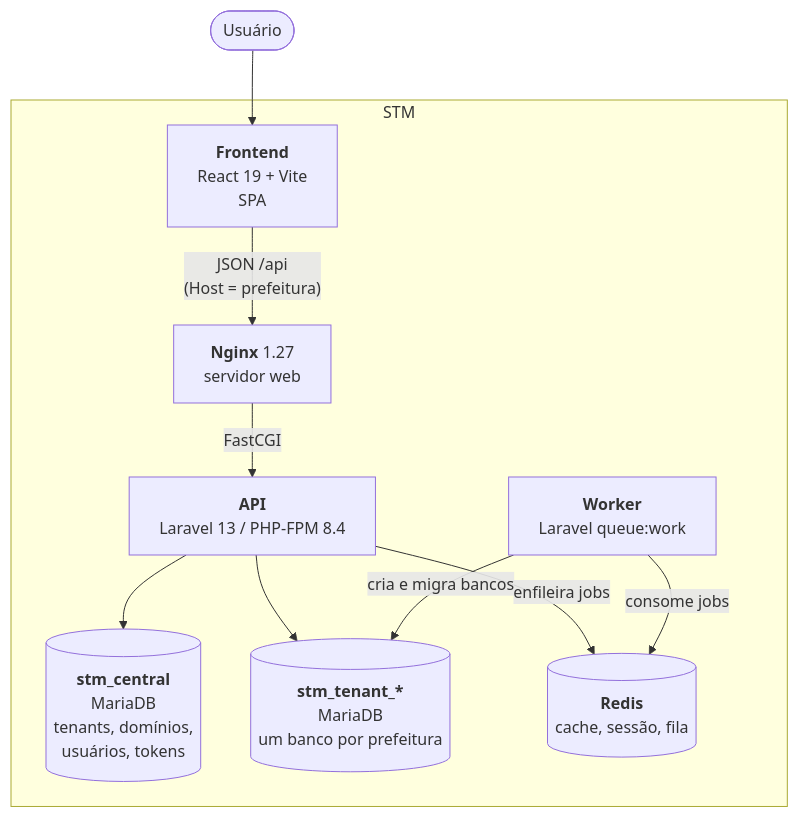
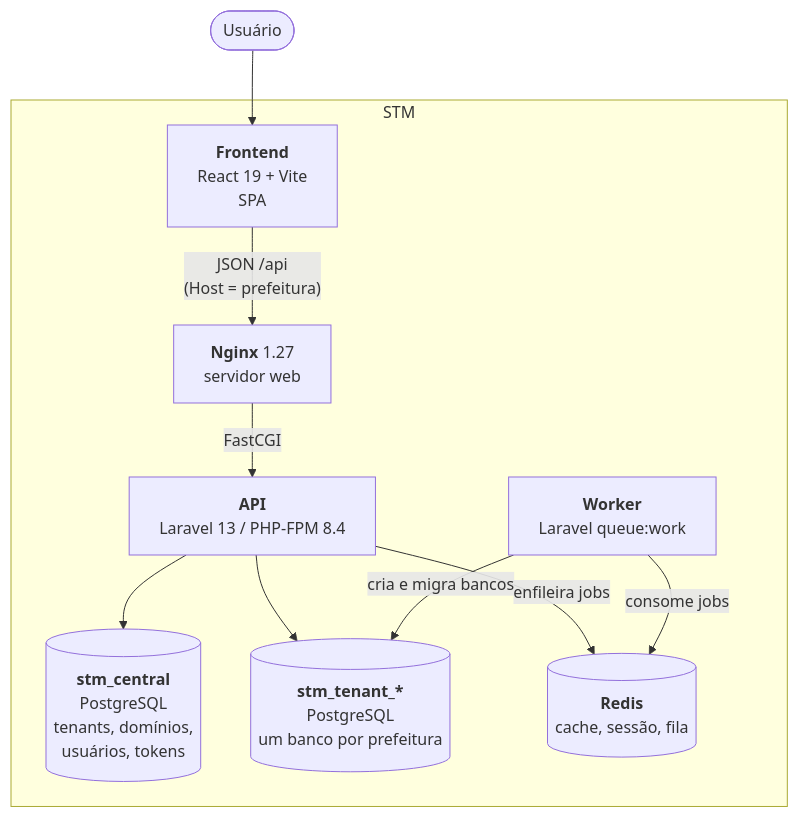
One commit to CristovaoCarlos/ERP-Estudos changed the second of 5 diagrams in docs/arquitetura/arc42.md. Above: the diagram before and after it, drawn with Mermaid. The commit also changed other lines of this file and 15 other files, not shown here.

Commit message:
ajustando scarfold, adicionando banco de dados PostgresSQL no lugar do mysql, definição de regra de negocio

````diff
--- a/docs/arquitetura/arc42.md
+++ b/docs/arquitetura/arc42.md
@@ -74,23 +74,23 @@
 ```mermaid
 flowchart TB
     usuario(["Usuário"])
 
     subgraph stm["STM"]
         spa["<b>Frontend</b><br/>React 19 + Vite<br/>SPA"]
         nginx["<b>Nginx</b> 1.27<br/>servidor web"]
         app["<b>API</b><br/>Laravel 13 / PHP-FPM 8.4"]
         worker["<b>Worker</b><br/>Laravel queue:work"]
-        central[("<b>stm_central</b><br/>MariaDB<br/>tenants, domínios,<br/>usuários, tokens")]
-        tenants[("<b>stm_tenant_*</b><br/>MariaDB<br/>um banco por prefeitura")]
+        central[("<b>stm_central</b><br/>PostgreSQL<br/>tenants, domínios,<br/>usuários, tokens")]
+        tenants[("<b>stm_tenant_*</b><br/>PostgreSQL<br/>um banco por prefeitura")]
         redis[("<b>Redis</b><br/>cache, sessão, fila")]
     end
 
     usuario --> spa
     spa -- "JSON /api<br/>(Host = prefeitura)" --> nginx
     nginx -- "FastCGI" --> app
     app --> central
     app --> tenants
     app -- "enfileira jobs" --> redis
     worker -- "consome jobs" --> redis
     worker -- "cria e migra bancos" --> tenants
 ```
````
